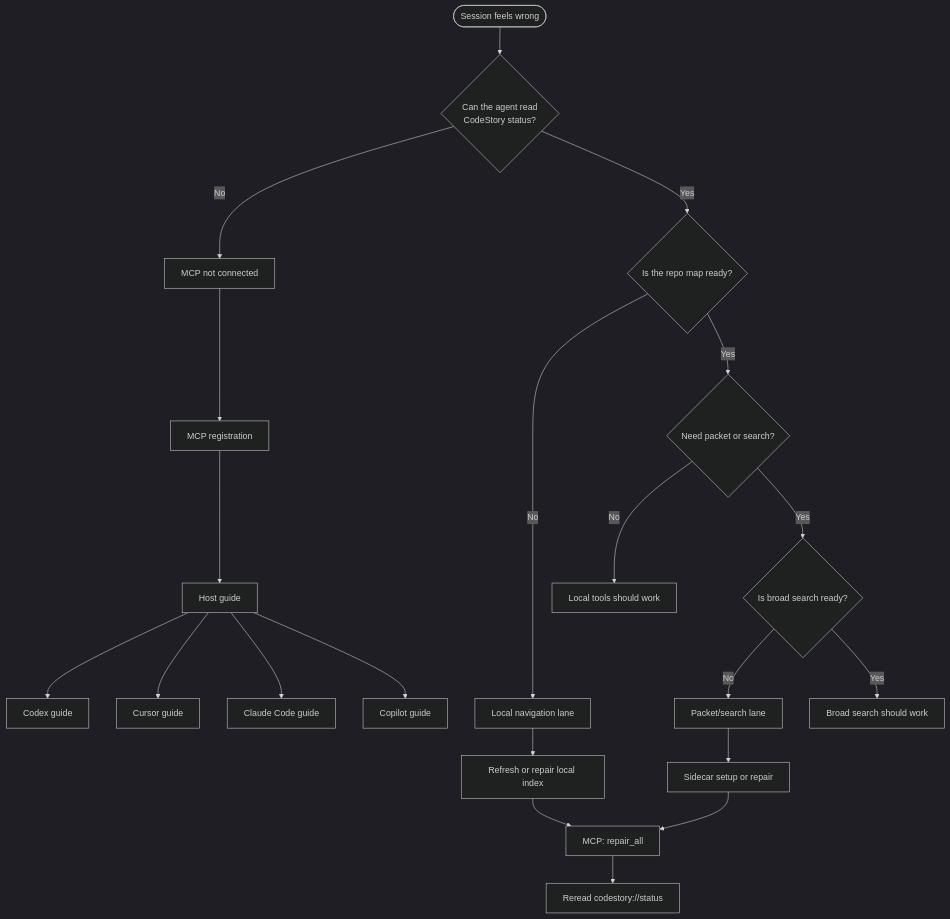
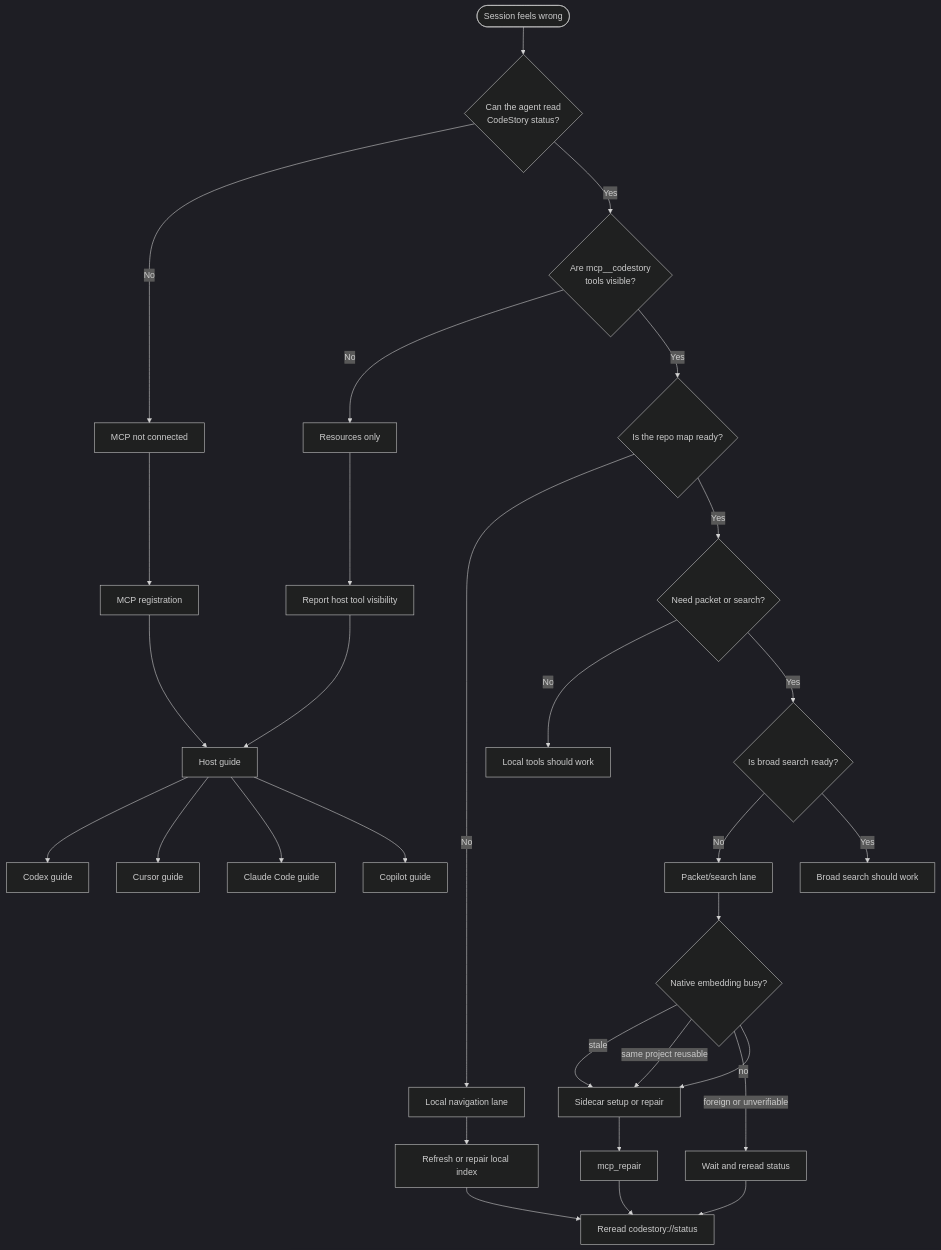
One commit to TheGreenCedar/CodeStory changed the diagram in docs/users/troubleshooting.md. Above: the diagram before and after it, drawn with Mermaid (dark theme). The commit also changed other lines of this file and 73 other files, not shown here.

````diff
--- a/docs/users/troubleshooting.md
+++ b/docs/users/troubleshooting.md
@@ -25,23 +25,32 @@
 ```mermaid
 flowchart TD
   start([Session feels wrong]) --> q1{Can the agent read<br/>CodeStory status?}
   q1 -->|No| mcp[MCP not connected]
-  q1 -->|Yes| q2{Is the repo map ready?}
+  q1 -->|Yes| qTools{Are mcp__codestory<br/>tools visible?}
+  qTools -->|No| toolsHidden[Resources only]
+  qTools -->|Yes| q2{Is the repo map ready?}
   q2 -->|No| local[Local navigation lane]
   q2 -->|Yes| q3{Need packet or search?}
   q3 -->|No| ok[Local tools should work]
   q3 -->|Yes| q4{Is broad search ready?}
   q4 -->|No| sidecar[Packet/search lane]
   q4 -->|Yes| ok2[Broad search should work]
   mcp --> fix_mcp[MCP registration]
+  toolsHidden --> hostBlocker[Report host tool visibility]
   local --> fix_local[Refresh or repair local index]
-  sidecar --> fix_sidecar[Sidecar setup or repair]
+  sidecar --> nativeBusy{Native embedding busy?}
+  nativeBusy -->|stale| fix_sidecar[Sidecar setup or repair]
+  nativeBusy -->|same project reusable| fix_sidecar
+  nativeBusy -->|foreign or unverifiable| waitBusy[Wait and reread status]
+  nativeBusy -->|no| fix_sidecar
   fix_mcp --> host[Host guide]
-  fix_local --> mcp_repair["MCP: repair_all"]
+  hostBlocker --> host
+  fix_local --> reread
   fix_sidecar --> mcp_repair
+  waitBusy --> reread
   mcp_repair --> reread["Reread codestory://status"]
   host --> codex[Codex guide]
   host --> cursor[Cursor guide]
   host --> claude[Claude Code guide]
   host --> copilot[Copilot guide]
 ```
````
